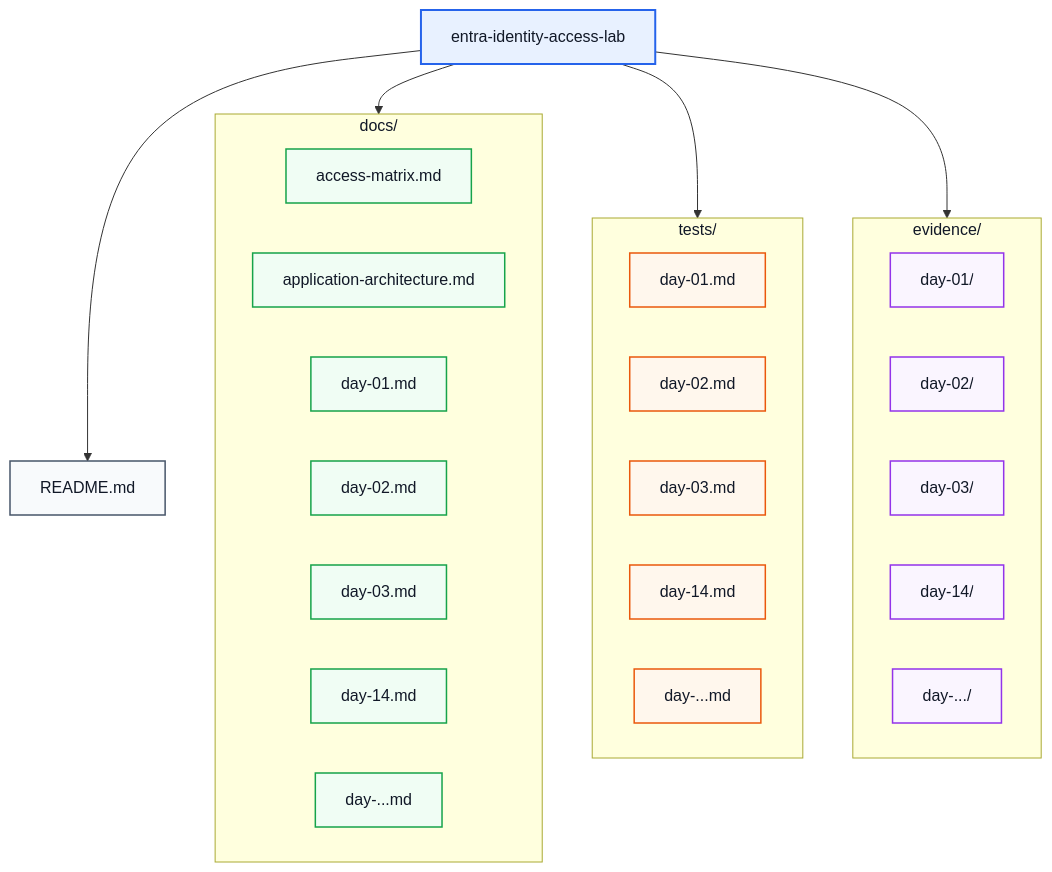
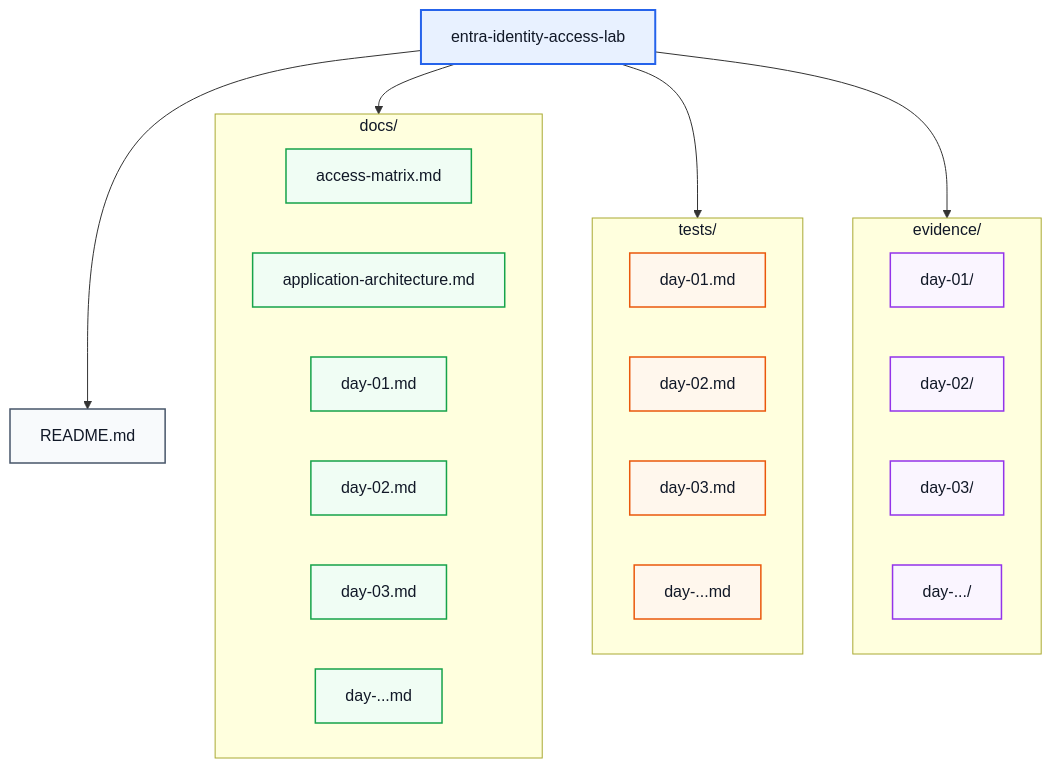
The second of 2 diagrams in README.md (krzysztof-szot/entra-identity-access-lab), drawn with Mermaid before and after one commit.

````diff
--- a/README.md
+++ b/README.md
@@ -663,50 +663,47 @@
 ```mermaid
 flowchart TB
 
     ROOT["entra-identity-access-lab"]
 
     README["README.md"]
 
     subgraph DOCS["docs/"]
         ACCESS["access-matrix.md"]
         ARCH["application-architecture.md"]
         D1["day-01.md"]
         D2["day-02.md"]
         D3["day-03.md"]
-        D14["day-14.md"]
         DX["day-...md"]
     end
 
     subgraph TESTS["tests/"]
         T1["day-01.md"]
         T2["day-02.md"]
         T3["day-03.md"]
-        T14["day-14.md"]
         TX["day-...md"]
     end
 
     subgraph EVIDENCE["evidence/"]
         E1["day-01/"]
         E2["day-02/"]
         E3["day-03/"]
-        E14["day-14/"]
         EX["day-.../"]
     end
 
     ROOT --> README
     ROOT --> DOCS
     ROOT --> TESTS
     ROOT --> EVIDENCE
 
     classDef root fill:#e8f1ff,stroke:#2563eb,stroke-width:2px,color:#111827;
     classDef readme fill:#f8fafc,stroke:#475569,stroke-width:1.5px,color:#111827;
     classDef docs fill:#f0fdf4,stroke:#16a34a,stroke-width:1.5px,color:#111827;
     classDef tests fill:#fff7ed,stroke:#ea580c,stroke-width:1.5px,color:#111827;
     classDef evidence fill:#faf5ff,stroke:#9333ea,stroke-width:1.5px,color:#111827;
 
     class ROOT root;
     class README readme;
     class ACCESS,ARCH,D1,D2,D3,D14,DX docs;
     class T1,T2,T3,T14,TX tests;
     class E1,E2,E3,E14,EX evidence;
 ```
````
